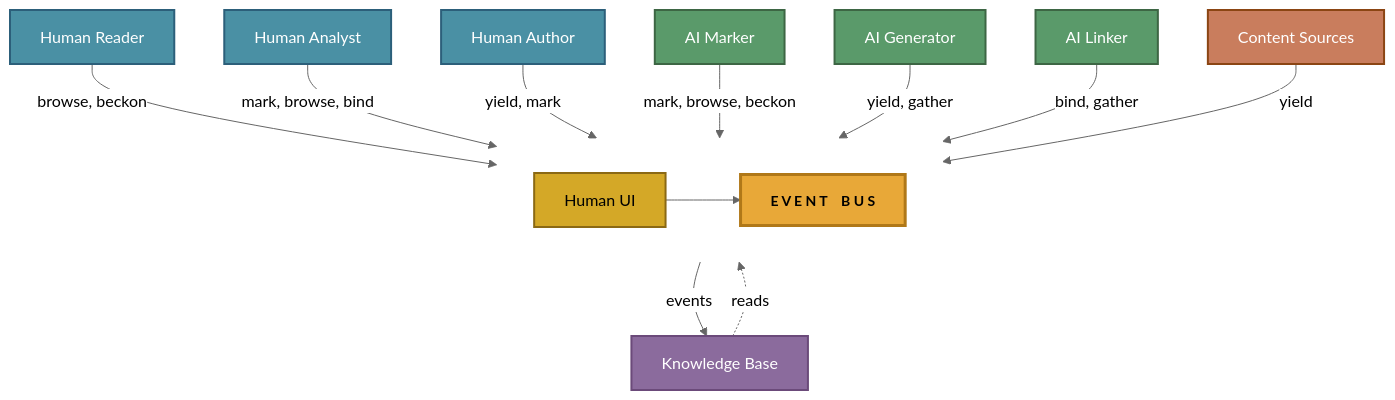
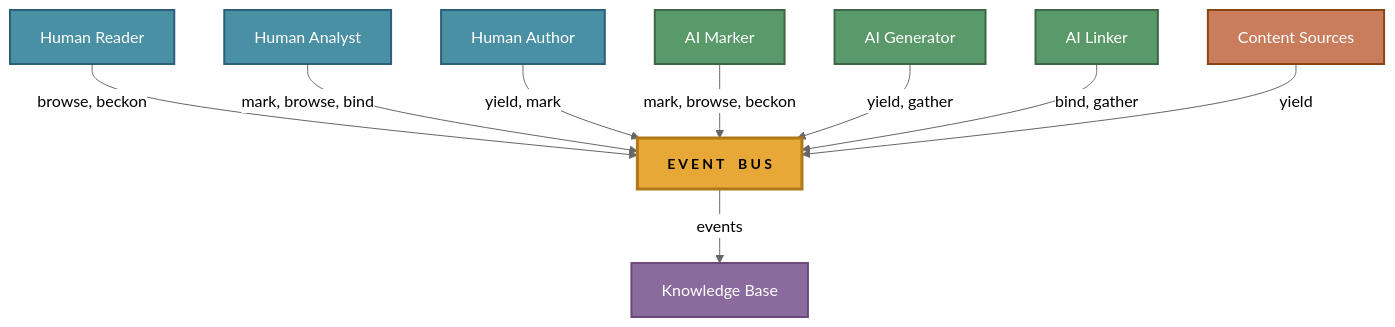
Before and after one commit to The-AI-Alliance/semiont: the first of 3 diagrams in docs/ARCHITECTURE-NEXT.md, drawn with Mermaid (neutral theme).

Commit message:
simplify diagram layout

````diff
--- a/docs/ARCHITECTURE-NEXT.md
+++ b/docs/ARCHITECTURE-NEXT.md
@@ -17,69 +17,26 @@
 ```mermaid
-graph TB
-    %% ================================================================
-    %% INTELLIGENT ACTORS (above the bus)
-    %% ================================================================
+graph TD
+    READER["Human Reader"] -->|"browse, beckon"| BUS
+    ANALYST["Human Analyst"] -->|"mark, browse, bind"| BUS
+    AUTHOR["Human Author"] -->|"yield, mark"| BUS
+    MARKER["AI Marker"] -->|"mark, browse, beckon"| BUS
+    GENERATOR["AI Generator"] -->|"yield, gather"| BUS
+    LINKER["AI Linker"] -->|"bind, gather"| BUS
+    SOURCES["Content Sources"] -->|"yield"| BUS
 
-    READER["Human Reader"]
-    ANALYST["Human Analyst"]
-    AUTHOR["Human Author"]
-    MARKER["AI Marker"]
-    GENERATOR["AI Generator"]
-    LINKER["AI Linker"]
+    BUS["E V E N T &ensp; B U S"]
 
-    %% ================================================================
-    %% EVENT BUS with Human UI adjacent
-    %% ================================================================
-    subgraph bus_row [" "]
-        direction LR
-        UI["Human UI"]
-        BUS["E V E N T &ensp; B U S"]
-    end
+    BUS -->|"events"| KB["Knowledge Base"]
 
-    %% ================================================================
-    %% PASSIVE ACTORS (below the bus)
-    %% ================================================================
-
-    KB["Knowledge Base"]
-    SOURCES["Content Sources"]
-
-    %% ================================================================
-    %% CONNECTIONS: Intelligent actors → Bus
-    %% ================================================================
-
-    READER -->|"browse, beckon"| UI
-    ANALYST -->|"mark, browse, bind"| UI
-    AUTHOR -->|"yield, mark"| UI
-    UI --> BUS
-
-    MARKER -->|"mark, browse, beckon"| BUS
-    GENERATOR -->|"yield, gather"| BUS
-    LINKER -->|"bind, gather"| BUS
-
-    %% ================================================================
-    %% CONNECTIONS: Bus ↔ Passive actors
-    %% ================================================================
-
-    BUS -->|events| KB
-    KB -.->|reads| UI
-    SOURCES -->|yield| BUS
-
-    %% ================================================================
-    %% STYLING
-    %% ================================================================
     classDef bus fill:#e8a838,stroke:#b07818,stroke-width:3px,color:#000,font-weight:bold,font-size:14px
     classDef human fill:#4a90a4,stroke:#2c5f7a,stroke-width:2px,color:#fff
     classDef ai fill:#5a9a6a,stroke:#3d6644,stroke-width:2px,color:#fff
-    classDef ui fill:#d4a827,stroke:#8b6914,stroke-width:2px,color:#000
     classDef kb fill:#8b6b9d,stroke:#6b4a7a,stroke-width:2px,color:#fff
     classDef stream fill:#c97d5d,stroke:#8b4513,stroke-width:2px,color:#fff
-    classDef invisible fill:none,stroke:none
 
-    class BUS bus
     class READER,ANALYST,AUTHOR human
     class MARKER,GENERATOR,LINKER ai
-    class UI ui
+    class BUS bus
     class KB kb
     class SOURCES stream
-    class bus_row invisible
 ```
````
